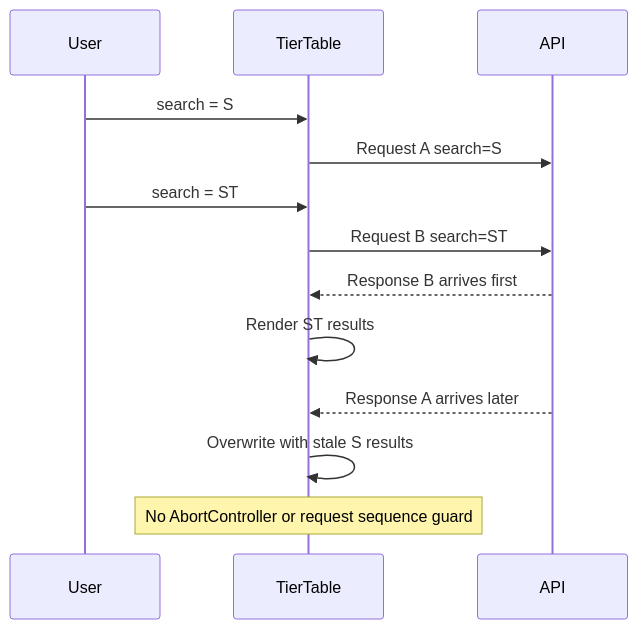
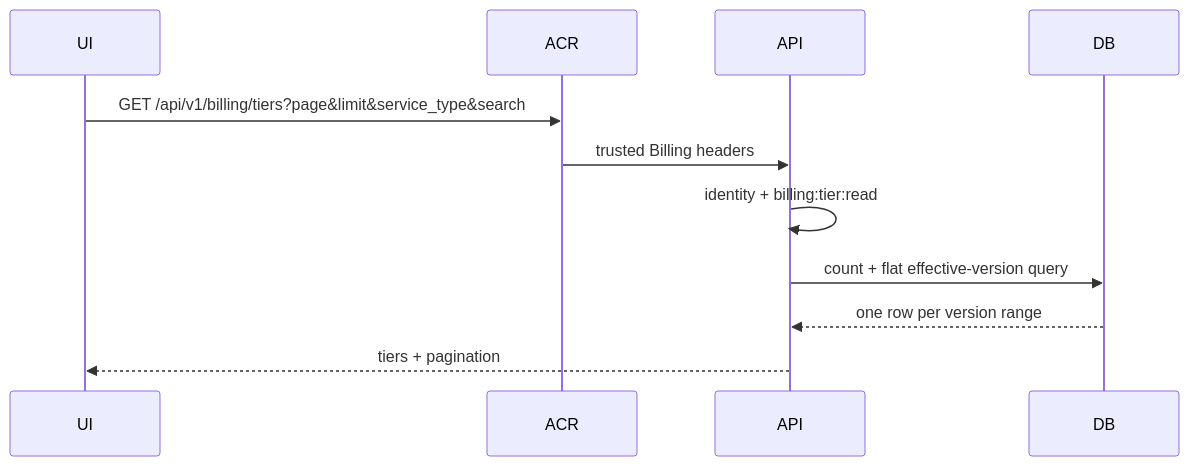
Before and after one commit to phucle996/aurora: the third of 4 diagrams in god_view/billing/tier_catalog_god_view.md, drawn with Mermaid. The commit also changed other lines of this file and 84 other files, not shown here.

````diff
--- a/god_view/billing/tier_catalog_god_view.md
+++ b/god_view/billing/tier_catalog_god_view.md
@@ -491,16 +153,13 @@
 ```mermaid
 sequenceDiagram
-    participant U as User
-    participant UI as TierTable
-    participant API as API
-
-    U->>UI: search = S
-    UI->>API: Request A search=S
-    U->>UI: search = ST
-    UI->>API: Request B search=ST
-    API-->>UI: Response B arrives first
-    UI->>UI: Render ST results
-    API-->>UI: Response A arrives later
-    UI->>UI: Overwrite with stale S results
-    Note over UI: No AbortController or request sequence guard
+    participant UI
+    participant ACR
+    participant API
+    participant DB
+    UI->>ACR: GET /api/v1/billing/tiers?page&limit&service_type&search
+    ACR->>API: trusted Billing headers
+    API->>API: identity + billing:tier:read
+    API->>DB: count + flat effective-version query
+    DB-->>API: one row per version range
+    API-->>UI: tiers + pagination
 ```
````
